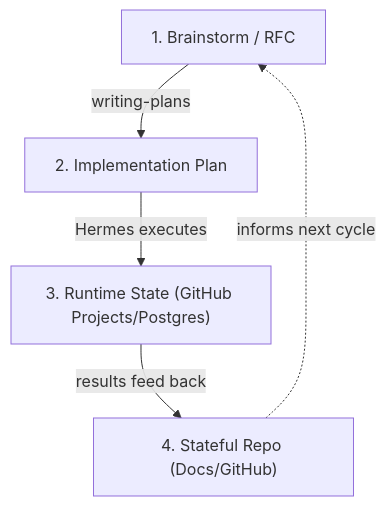
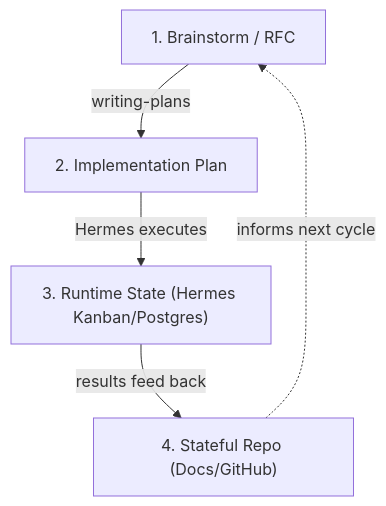
One commit to thangvq95/thangvq-digital-hub changed the second of 2 diagrams in docs/PRD.md. Above: the diagram before and after it, drawn with Mermaid. The commit also changed other lines of this file and 6 other files, not shown here.

First line of the commit message:
Use Hermes Kanban + MCP for task orchestration

````diff
--- a/docs/PRD.md
+++ b/docs/PRD.md
@@ -166,7 +169,7 @@
 ```mermaid
 graph TB
     L1["1. Brainstorm / RFC"] -->|writing-plans| L2["2. Implementation Plan"]
-    L2 -->|Hermes executes| L3["3. Runtime State (GitHub Projects/Postgres)"]
+    L2 -->|Hermes executes| L3["3. Runtime State (Hermes Kanban/Postgres)"]
     L3 -->|results feed back| L4["4. Stateful Repo (Docs/GitHub)"]
     L4 -.->|informs next cycle| L1
 ```
````
